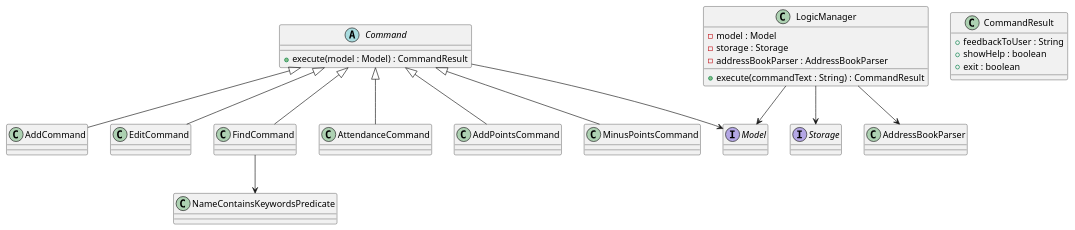
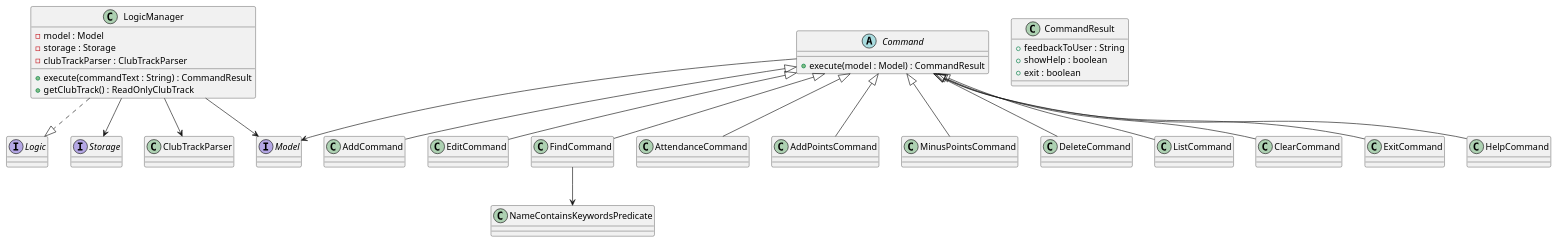
The diagram in docs/diagrams/LogicClassDiagram.puml (javierchuaby/tp), drawn with PlantUML before and after one commit. The commit also changed 44 other files, not shown here.

Commit message:
Fix class diagrams

```diff
--- a/docs/diagrams/LogicClassDiagram.puml
+++ b/docs/diagrams/LogicClassDiagram.puml
@@ -1,49 +1,64 @@
 @startuml
 
 ' ===== Logic slice: Commands + LogicManager =====
+
+interface Logic
+
 interface Model
 
 abstract class Command {
-  + execute(model : Model) : CommandResult
++ execute(model : Model) : CommandResult
 }
 
 class CommandResult {
-  + feedbackToUser : String
-  + showHelp : boolean
-  + exit : boolean
++ feedbackToUser : String
++ showHelp : boolean
++ exit : boolean
+}
+
+class LogicManager {
+- model : Model
+- storage : Storage
+- clubTrackParser : ClubTrackParser
++ execute(commandText : String) : CommandResult
++ getClubTrack() : ReadOnlyClubTrack
 }
 
 class AddCommand
 class EditCommand
 class FindCommand
 class AttendanceCommand
 class AddPointsCommand
 class MinusPointsCommand
+class DeleteCommand
+class ListCommand
+class ClearCommand
+class ExitCommand
+class HelpCommand
 
 ' Command hierarchy
 Command <|-- AddCommand
 Command <|-- EditCommand
 Command <|-- FindCommand
 Command <|-- AttendanceCommand
 Command <|-- AddPointsCommand
 Command <|-- MinusPointsCommand
-
-' Logic manager
-class LogicManager {
-  - model : Model
-  - storage : Storage
-  - addressBookParser : AddressBookParser
-  + execute(commandText : String) : CommandResult
-}
+Command <|-- DeleteCommand
+Command <|-- ListCommand
+Command <|-- ClearCommand
+Command <|-- ExitCommand
+Command <|-- HelpCommand
 
 interface Storage
-class AddressBookParser
+class ClubTrackParser
 class NameContainsKeywordsPredicate
 
-' Dependencies
+' Relationships
+LogicManager ..|> Logic
 Command --> Model
-LogicManager --> AddressBookParser
+LogicManager --> ClubTrackParser
 LogicManager --> Storage
 LogicManager --> Model
 FindCommand --> NameContainsKeywordsPredicate
+
 @enduml
```
